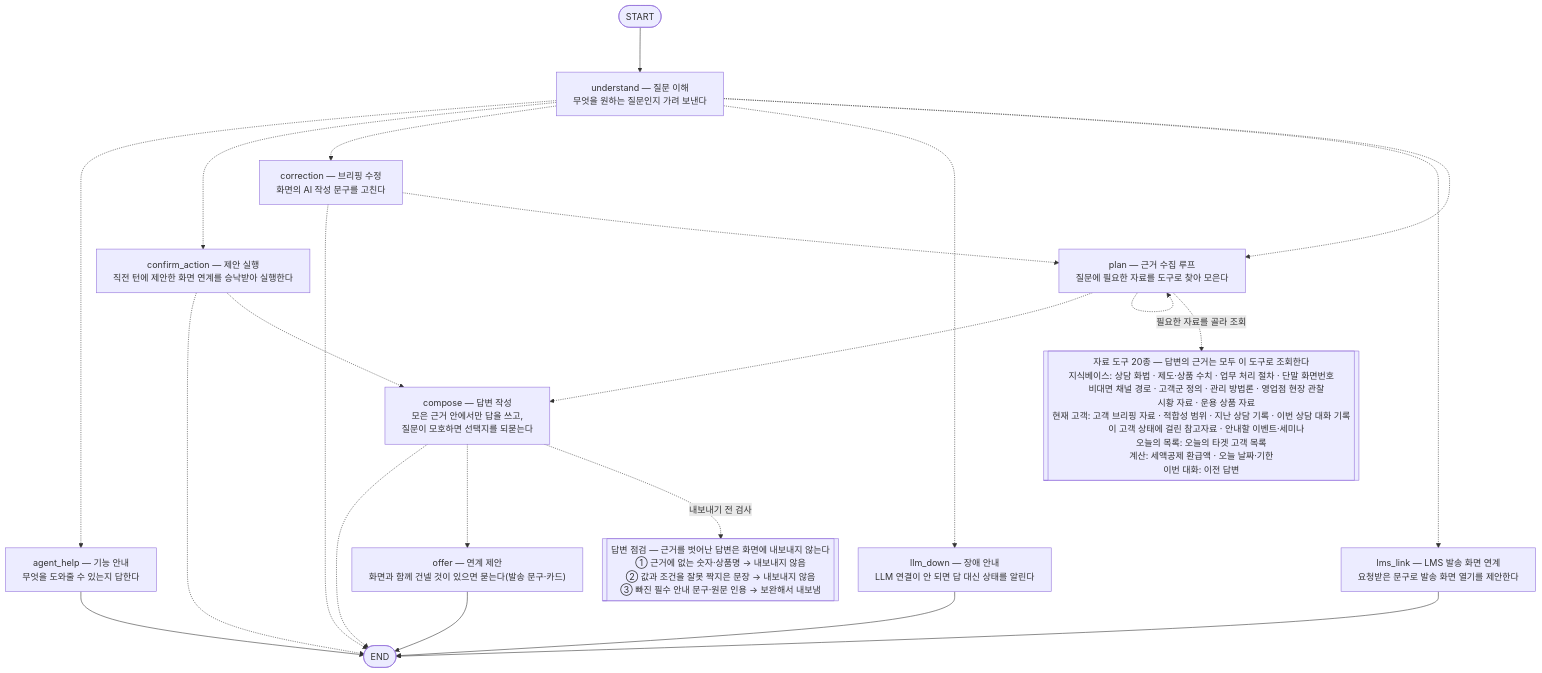
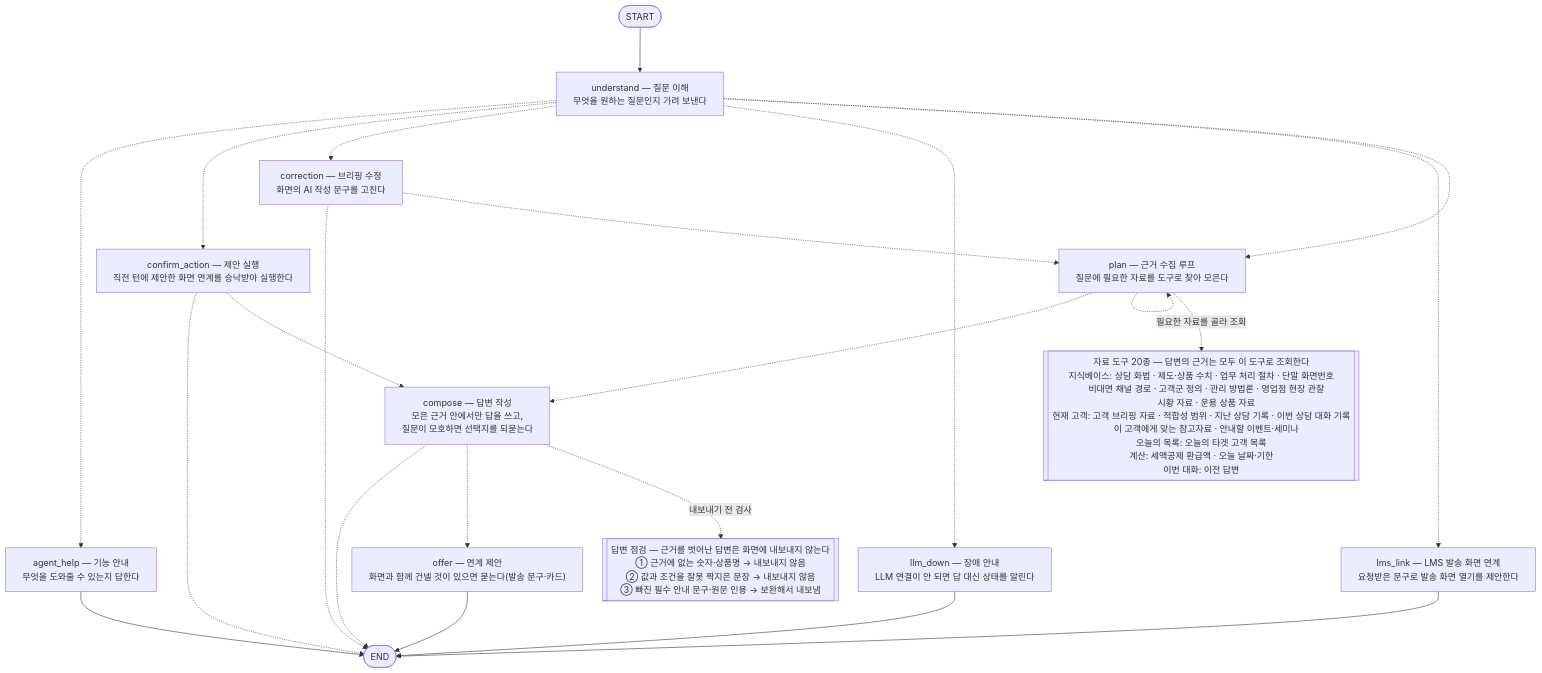
One commit to 09sunwoo-a/Pension_agent changed the diagram in src/pension_agent/consult_agent/README.md. Above: the diagram before and after it, drawn with Mermaid. The commit also changed 8 other files, not shown here.

````diff
--- a/src/pension_agent/consult_agent/README.md
+++ b/src/pension_agent/consult_agent/README.md
@@ -60,38 +60,38 @@
 ```mermaid
 %%{init: {"flowchart": {"wrappingWidth": 800, "nodeSpacing": 35, "rankSpacing": 80}}}%%
 flowchart TD
     __start__([START])
     understand["understand — 질문 이해<br/>무엇을 원하는 질문인지 가려 보낸다"]
     agent_help["agent_help — 기능 안내<br/>무엇을 도와줄 수 있는지 답한다"]
     plan["plan — 근거 수집 루프<br/>질문에 필요한 자료를 도구로 찾아 모은다"]
     compose["compose — 답변 작성<br/>모은 근거 안에서만 답을 쓰고,<br/>질문이 모호하면 선택지를 되묻는다"]
     lms_link["lms_link — LMS 발송 화면 연계<br/>요청받은 문구로 발송 화면 열기를 제안한다"]
     correction["correction — 브리핑 수정<br/>화면의 AI 작성 문구를 고친다"]
     llm_down["llm_down — 장애 안내<br/>LLM 연결이 안 되면 답 대신 상태를 알린다"]
     confirm_action["confirm_action — 제안 실행<br/>직전 턴에 제안한 화면 연계를 승낙받아 실행한다"]
     offer["offer — 연계 제안<br/>화면과 함께 건넬 것이 있으면 묻는다(발송 문구·카드)"]
     __end__([END])
     __start__ --> understand
     compose -.-> __end__
     compose -.-> offer
     confirm_action -.-> __end__
     confirm_action -.-> compose
     correction -.-> __end__
     correction -.-> plan
     plan -.-> compose
     plan -.-> plan
     understand -.-> agent_help
     understand -.-> confirm_action
     understand -.-> correction
     understand -.-> llm_down
     understand -.-> lms_link
     understand -.-> plan
     agent_help --> __end__
     llm_down --> __end__
     lms_link --> __end__
     offer --> __end__
-    tools[["자료 도구 20종 — 답변의 근거는 모두 이 도구로 조회한다<br/>지식베이스: 상담 화법 · 제도·상품 수치 · 업무 처리 절차 · 단말 화면번호<br/>&nbsp;&nbsp;&nbsp;&nbsp;비대면 채널 경로 · 고객군 정의 · 관리 방법론 · 영업점 현장 관찰<br/>&nbsp;&nbsp;&nbsp;&nbsp;시황 자료 · 운용 상품 자료<br/>현재 고객: 고객 브리핑 자료 · 적합성 범위 · 지난 상담 기록 · 이번 상담 대화 기록<br/>&nbsp;&nbsp;&nbsp;&nbsp;이 고객 상태에 걸린 참고자료 · 안내할 이벤트·세미나<br/>오늘의 목록: 오늘의 타겟 고객 목록<br/>계산: 세액공제 환급액 · 오늘 날짜·기한<br/>이번 대화: 이전 답변"]]
+    tools[["자료 도구 20종 — 답변의 근거는 모두 이 도구로 조회한다<br/>지식베이스: 상담 화법 · 제도·상품 수치 · 업무 처리 절차 · 단말 화면번호<br/>&nbsp;&nbsp;&nbsp;&nbsp;비대면 채널 경로 · 고객군 정의 · 관리 방법론 · 영업점 현장 관찰<br/>&nbsp;&nbsp;&nbsp;&nbsp;시황 자료 · 운용 상품 자료<br/>현재 고객: 고객 브리핑 자료 · 적합성 범위 · 지난 상담 기록 · 이번 상담 대화 기록<br/>&nbsp;&nbsp;&nbsp;&nbsp;이 고객에게 맞는 참고자료 · 안내할 이벤트·세미나<br/>오늘의 목록: 오늘의 타겟 고객 목록<br/>계산: 세액공제 환급액 · 오늘 날짜·기한<br/>이번 대화: 이전 답변"]]
     plan -. "필요한 자료를 골라 조회" .-> tools
     gates[["답변 점검 — 근거를 벗어난 답변은 화면에 내보내지 않는다<br/>① 근거에 없는 숫자·상품명 → 내보내지 않음<br/>② 값과 조건을 잘못 짝지은 문장 → 내보내지 않음<br/>③ 빠진 필수 안내 문구·원문 인용 → 보완해서 내보냄"]]
     compose -. "내보내기 전 검사" .-> gates
 ```
````
